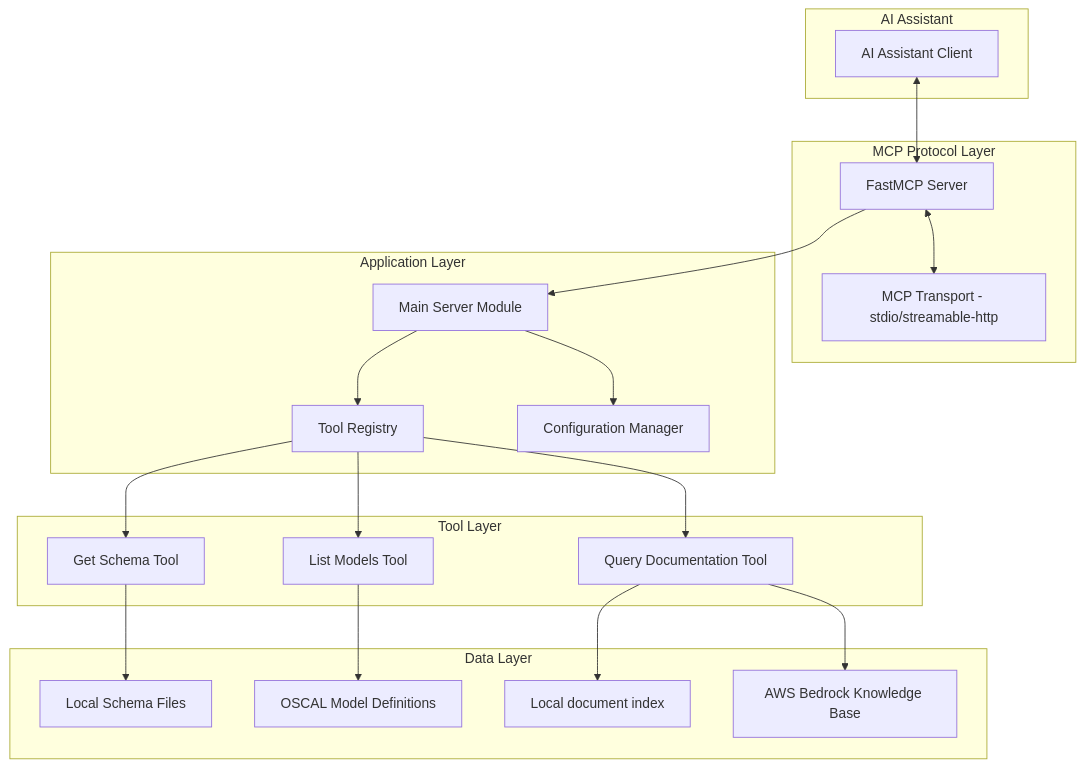
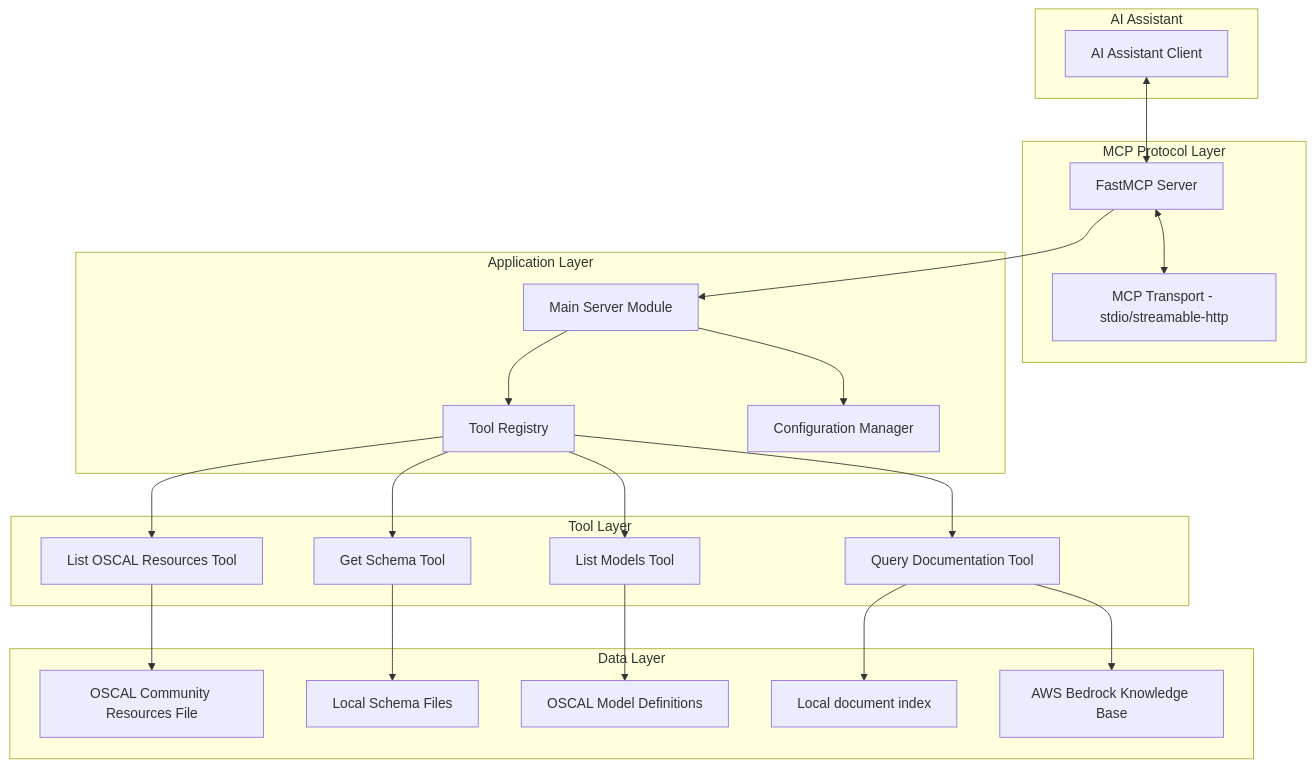
Before and after one commit to awslabs/mcp-server-for-oscal: the diagram in .kiro/specs/oscal-mcp-server/design.md, drawn with Mermaid. The commit also changed other lines of this file and 11 other files, not shown here.

First line of the commit message:
5 new tool list oscal resources (#7)

````diff
--- a/.kiro/specs/oscal-mcp-server/design.md
+++ b/.kiro/specs/oscal-mcp-server/design.md
@@ -13,43 +13,47 @@
 ```mermaid
 graph TB
     subgraph "AI Assistant"
         A[AI Assistant Client]
     end
     
     subgraph "MCP Protocol Layer"
         B[FastMCP Server]
         C[MCP Transport - stdio/streamable-http]
     end
     
     subgraph "Application Layer"
         D[Main Server Module]
         E[Configuration Manager]
         F[Tool Registry]
     end
     
     subgraph "Tool Layer"
         G[Query Documentation Tool]
         H[List Models Tool]
         I[Get Schema Tool]
+        J[List OSCAL Resources Tool]
     end
     
     subgraph "Data Layer"
-        J[AWS Bedrock Knowledge Base]
-        K[Local Schema Files]
-        L[OSCAL Model Definitions]
-        M[Local document index]
+        K[AWS Bedrock Knowledge Base]
+        L[Local Schema Files]
+        M[OSCAL Model Definitions]
+        N[Local document index]
+        O[OSCAL Community Resources File]
     end
     
     A <--> B
     B <--> C
     B --> D
     D --> E
     D --> F
     F --> G
     F --> H
     F --> I
-    G --> J
-    G --> M
-    H --> L
-    I --> K
+    F --> J
+    G --> K
+    G --> N
+    H --> M
+    I --> L
+    J --> O
 ```
````
